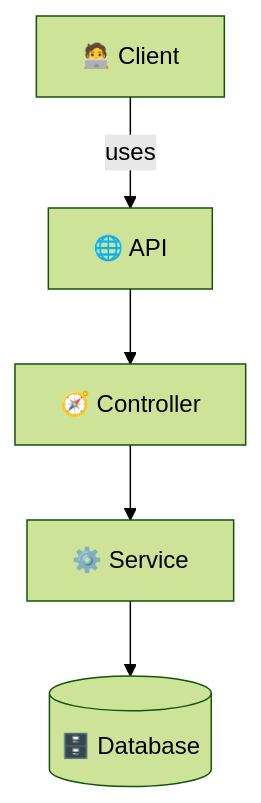
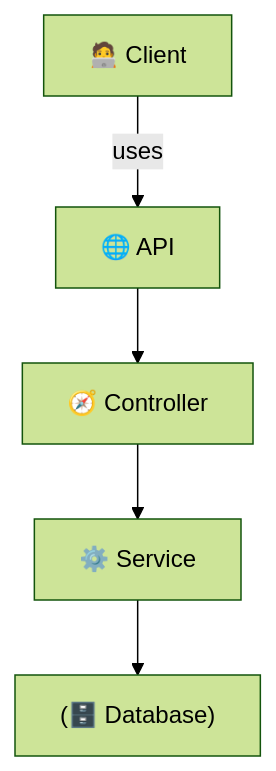
Before and after one commit to Mehdi-YC/postinstall: diagram 23 of 25 in docs/all_in_one.md, drawn with Mermaid (forest theme). The commit also changed other lines of this file and 4 other files, not shown here.

````diff
--- a/docs/all_in_one.md
+++ b/docs/all_in_one.md
@@ -461,7 +461,7 @@
 ```mermaid  
 graph TB  
-    Client[🧑‍💻 Client] -->|uses| API[🌐 API]  
-    API --> Controller[🧭 Controller]  
-    Controller --> Service[⚙️ Service]  
-    Service --> Database[(🗄️ Database)]  
+    Client["🧑‍💻 Client"] -->|uses| API["🌐 API"]  
+    API --> Controller["🧭 Controller"]  
+    Controller --> Service["⚙️ Service"]  
+    Service --> Database["(🗄️ Database)"]  
 ```
````
